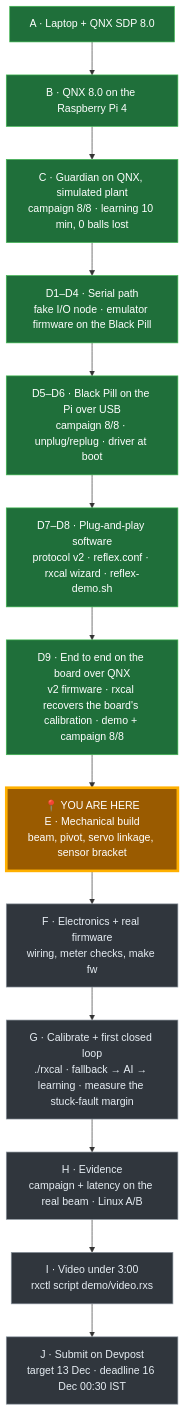
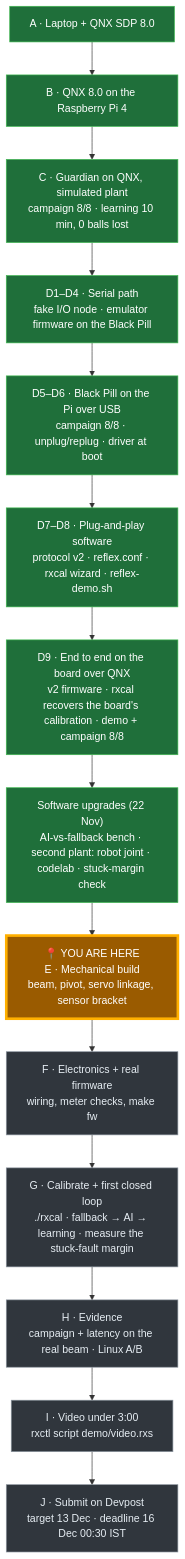
One commit to ApratimPhadke/Reflex changed the diagram in README.md. Above: the diagram before and after it, drawn with Mermaid. The commit also changed other lines of this file and 3 other files, not shown here.

First line of the commit message:
Item 8: README results generated from results/, applications, status chart; SUBMISSION and ROADMAP in step

````diff
--- a/README.md
+++ b/README.md
@@ -138,19 +171,20 @@
 ```mermaid
 flowchart TD
     A["A · Laptop + QNX SDP 8.0"]:::done --> B["B · QNX 8.0 on the Raspberry Pi 4"]:::done
     B --> C["C · Guardian on QNX, simulated plant<br/>campaign 8/8 · learning 10 min, 0 balls lost"]:::done
     C --> D1["D1–D4 · Serial path<br/>fake I/O node · emulator firmware on the Black Pill"]:::done
     D1 --> D5["D5–D6 · Black Pill on the Pi over USB<br/>campaign 8/8 · unplug/replug · driver at boot"]:::done
     D5 --> D7["D7–D8 · Plug-and-play software<br/>protocol v2 · reflex.conf · rxcal wizard · reflex-demo.sh"]:::done
     D7 --> D9["D9 · End to end on the board over QNX<br/>v2 firmware · rxcal recovers the board's calibration · demo + campaign 8/8"]:::done
-    D9 --> E["📍 YOU ARE HERE<br/>E · Mechanical build<br/>beam, pivot, servo linkage, sensor bracket"]:::now
+    D9 --> U["Software upgrades (22 Nov)<br/>AI-vs-fallback bench · second plant: robot joint · codelab · stuck-margin check"]:::done
+    U --> E["📍 YOU ARE HERE<br/>E · Mechanical build<br/>beam, pivot, servo linkage, sensor bracket"]:::now
     E --> F["F · Electronics + real firmware<br/>wiring, meter checks, make fw"]:::todo
     F --> G["G · Calibrate + first closed loop<br/>./rxcal · fallback → AI → learning · measure the stuck-fault margin"]:::todo
     G --> H["H · Evidence<br/>campaign + latency on the real beam · Linux A/B"]:::todo
     H --> I["I · Video under 3:00<br/>rxctl script demo/video.rxs"]:::todo
     I --> J["J · Submit on Devpost<br/>target 13 Dec · deadline 16 Dec 00:30 IST"]:::todo
 
     classDef done fill:#1f6f3a,stroke:#3fb950,color:#ffffff
     classDef now fill:#9a5b00,stroke:#ffb000,stroke-width:4px,color:#ffffff
     classDef todo fill:#30363d,stroke:#8b949e,color:#e6edf3
 ```
````
